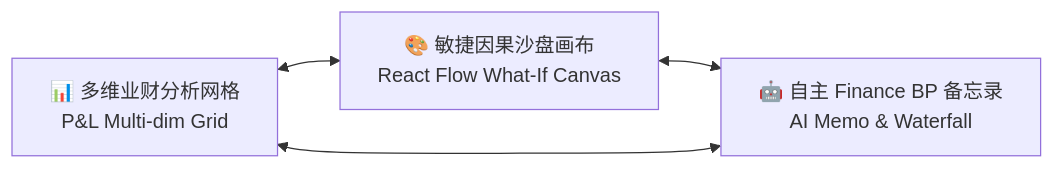
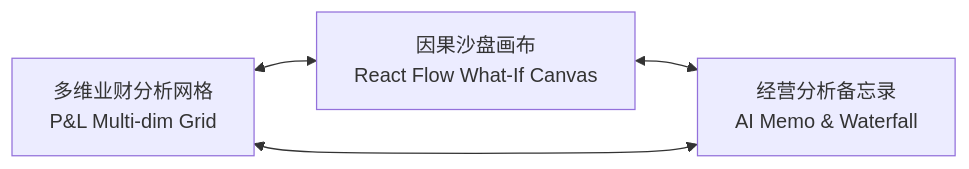
One commit to CHEUKFUNGWU/finmesh changed the first of 3 diagrams in 02-product/architecture-whitepaper.md. Above: the diagram before and after it, drawn with Mermaid. The commit also changed other lines of this file and 4 other files, not shown here.

````diff
--- a/02-product/architecture-whitepaper.md
+++ b/02-product/architecture-whitepaper.md
@@ -50,6 +49,6 @@
 ```mermaid
 graph LR
-    A[📊 多维业财分析网格<br/>P&L Multi-dim Grid] <--> B[🎨 敏捷因果沙盘画布<br/>React Flow What-If Canvas]
-    B <--> C[🤖 自主 Finance BP 备忘录<br/>AI Memo & Waterfall]
+    A[多维业财分析网格<br/>P&L Multi-dim Grid] <--> B[因果沙盘画布<br/>React Flow What-If Canvas]
+    B <--> C[经营分析备忘录<br/>AI Memo & Waterfall]
     C <--> A
 ```
````
